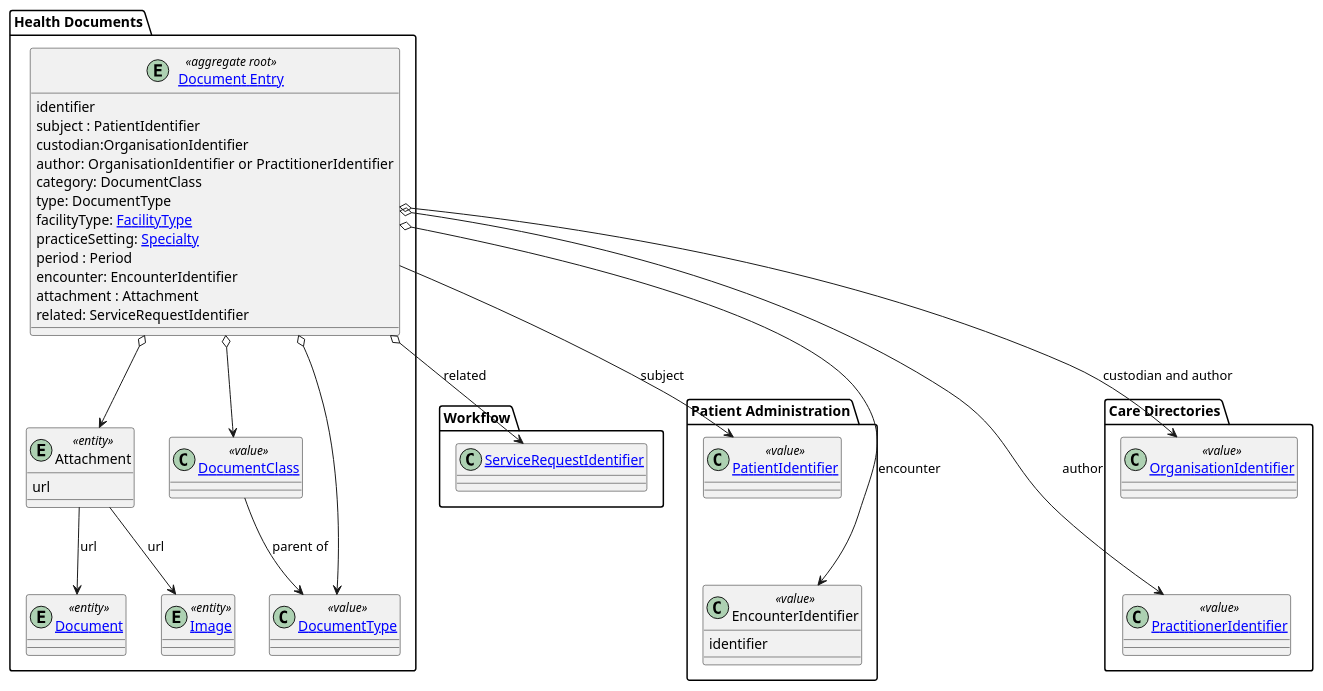
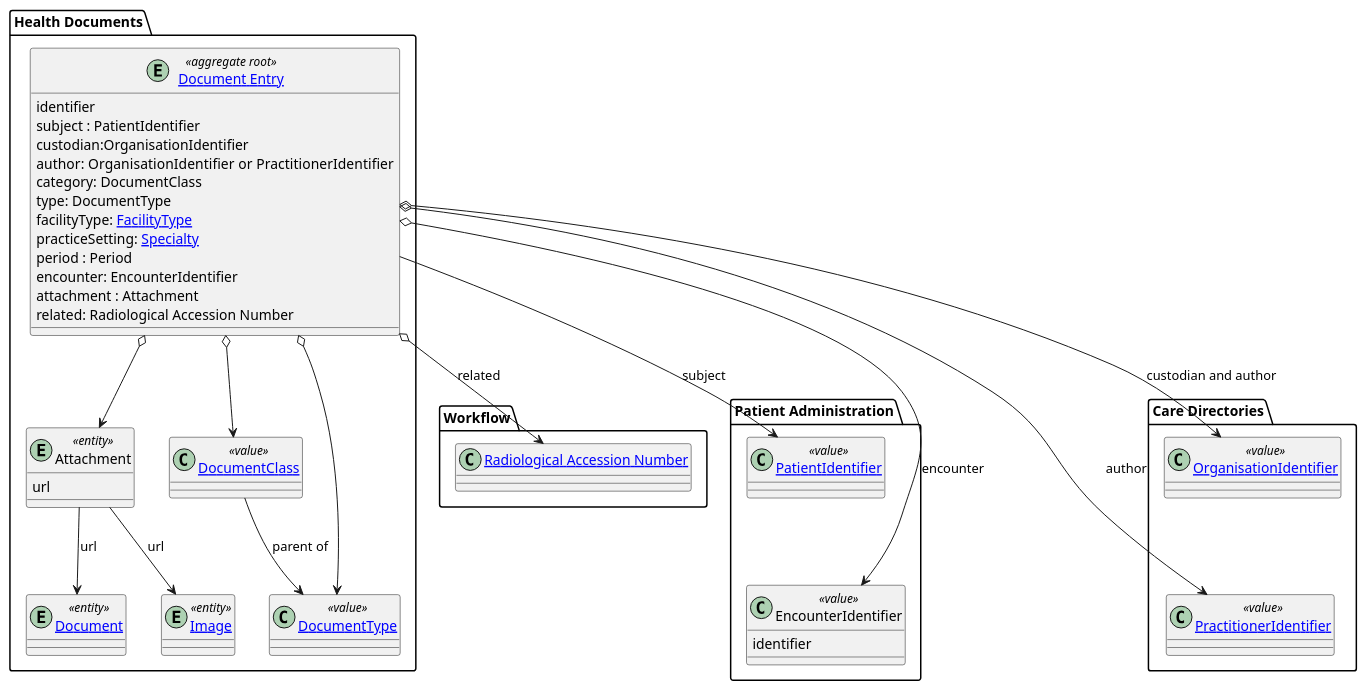
One commit to NHSDigital/national-imaging-repository-specification changed the diagram in input/images-source/entity-document-entry.plantuml. Above: the diagram before and after it, drawn with PlantUML. The commit also changed 3 other files, not shown here.

```diff
--- a/input/images-source/entity-document-entry.plantuml
+++ b/input/images-source/entity-document-entry.plantuml
@@ -1,94 +1,94 @@
 @startuml
 
 skinparam svgDimensionStyle false
 
 package healthdocuments as "Health Documents" {
 
   entity "[[StructureDefinition-DocumentEntry.html Document Entry]]" as document  <<aggregate root>>  {
     identifier
     subject : PatientIdentifier
     custodian:OrganisationIdentifier
     author:  OrganisationIdentifier or PractitionerIdentifier
     category: DocumentClass
     type: DocumentType
     facilityType: [[ValueSet-facility-type.html FacilityType]]
     practiceSetting: [[ValueSet-specialty.html Specialty]]
     period : Period
     encounter: EncounterIdentifier
     attachment : Attachment
-    related: ServiceRequestIdentifier
+    related: Radiological Accession Number
   }
 
   entity "Attachment" as attachment <<entity>> {
     url
     }
 
   entity "[[StructureDefinition-Document.html Document]]" as Document <<entity>> {
   }
   entity "[[StructureDefinition-Image.html Image]]" as image <<entity>> {
   }
 
   class "[[ValueSet-document-entry-class.html DocumentClass]]" as DocumentClass <<value>> {
     }
 
   class "[[ValueSet-document-entry-type.html DocumentType]]" as DocumentType <<value>> {
 
   }
 
 
     DocumentClass -d-> DocumentType : parent of
 
 }
 
 
 package Workflow {
-  class "[[StructureDefinition-accession-number.html ServiceRequestIdentifier]]" as ServiceRequestIdentifier {
+  class "[[StructureDefinition-accession-number.html Radiological Accession Number]]" as RadiologicalAccessionNumber {
   }
 }
 
 package PatientAdministration as "Patient Administration" {
 
 
 
   class "[[StructureDefinition-patient-identifier.html PatientIdentifier]]" as PatientIdentifier <<value>> {
   }
 
 
 
   class EncounterIdentifier <<value>> {
     identifier
   }
 
   PatientIdentifier -d[hidden]- EncounterIdentifier
 }
 
 
 package directories as "Care Directories" {
 
 class "[[StructureDefinition-organisation-identifier.html OrganisationIdentifier]]" as OrganisationIdentifier <<value>> {
 }
 
 class "[[StructureDefinition-practitioner-identifier.html PractitionerIdentifier]]" as PractitionerIdentifier <<value>>  {
 }
 
   OrganisationIdentifier -d[hidden]- PractitionerIdentifier
 
 }
 
 
 
   document o--> DocumentClass
   document o--> DocumentType
   document o--> attachment
 
   attachment --> Document : url
    attachment --> image : url
 
 document -d-> PatientIdentifier : subject
   document o--> EncounterIdentifier: encounter
   document o-d-> OrganisationIdentifier : custodian and author
   document o--> PractitionerIdentifier: author
-  document o--> ServiceRequestIdentifier: related
+  document o--> RadiologicalAccessionNumber: related
 
 
 @enduml
```
